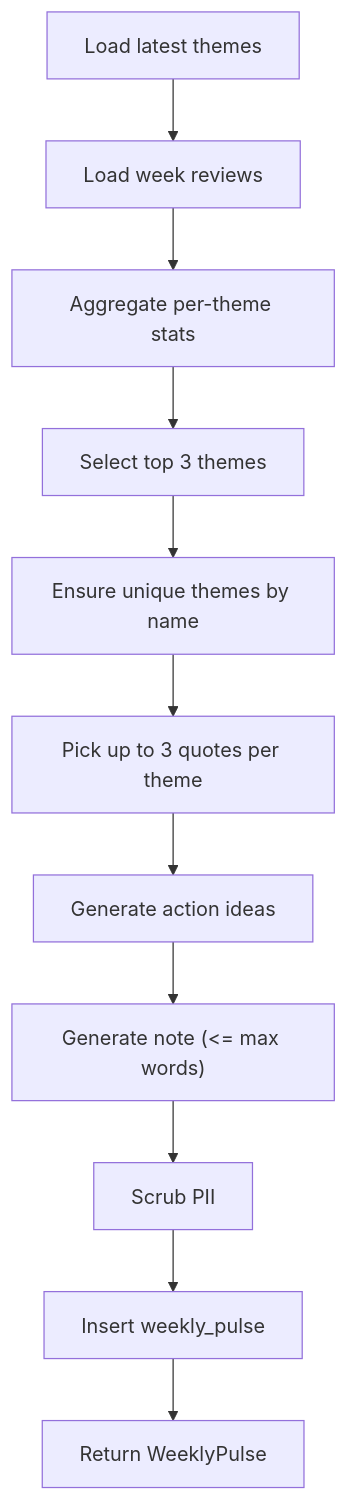
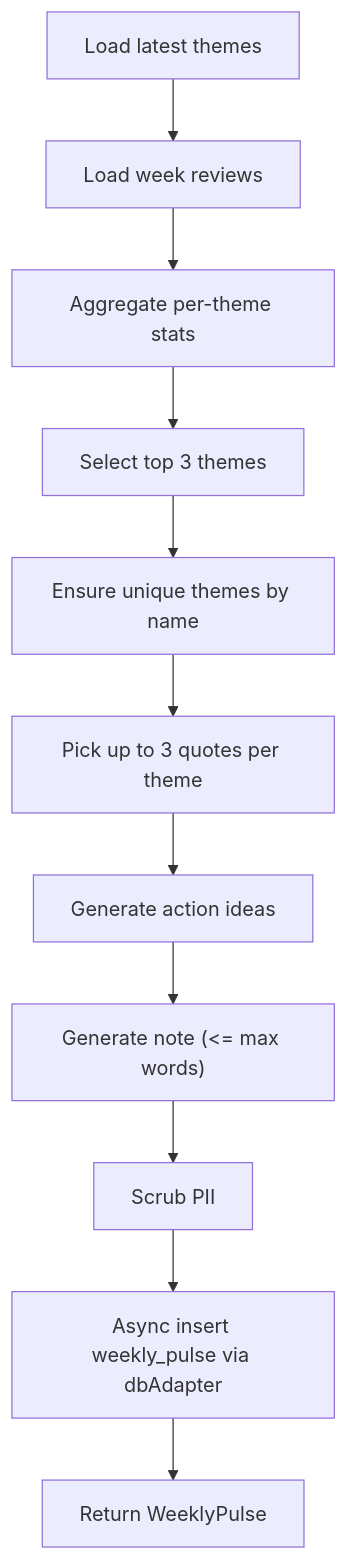
Before and after one commit to aravinthraj-ramalingam/Groww-App-Review-Insights-Analyzer-: the sixth of 9 diagrams in .qoder/repowiki/en/content/Phase 2_ Advanced Analytics & Automation/Theme Generation & Management.md, drawn with Mermaid. The commit also changed other lines of this file and 10 other files, not shown here.

````diff
--- a/.qoder/repowiki/en/content/Phase 2_ Advanced Analytics & Automation/Theme Generation & Management.md
+++ b/.qoder/repowiki/en/content/Phase 2_ Advanced Analytics & Automation/Theme Generation & Management.md
@@ -303,13 +361,13 @@
 ```mermaid
 flowchart TD
 A["Load latest themes"] --> B["Load week reviews"]
 B --> C["Aggregate per-theme stats"]
 C --> D["Select top 3 themes"]
 D --> E["Ensure unique themes by name"]
 E --> F["Pick up to 3 quotes per theme"]
 F --> G["Generate action ideas"]
 G --> H["Generate note (<= max words)"]
 H --> I["Scrub PII"]
-I --> J["Insert weekly_pulse"]
+I --> J["Async insert weekly_pulse via dbAdapter"]
 J --> K["Return WeeklyPulse"]
 ```
````
